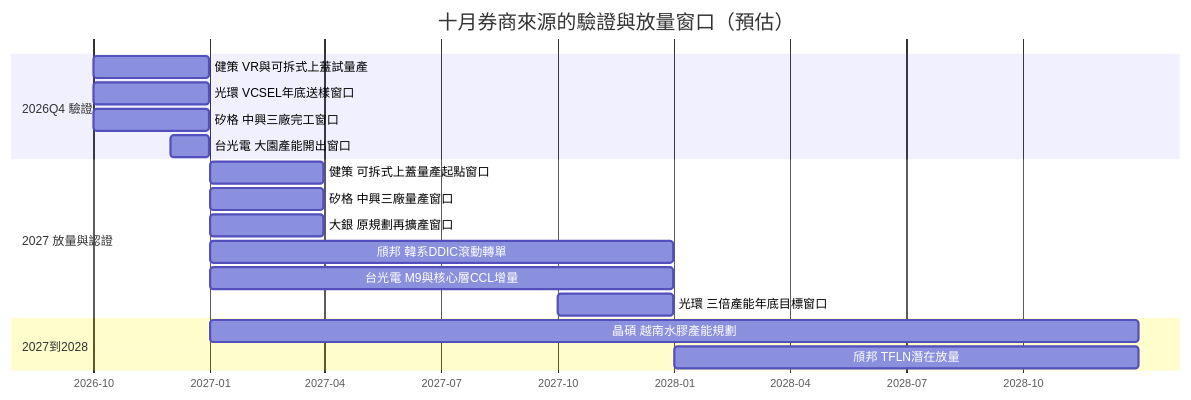
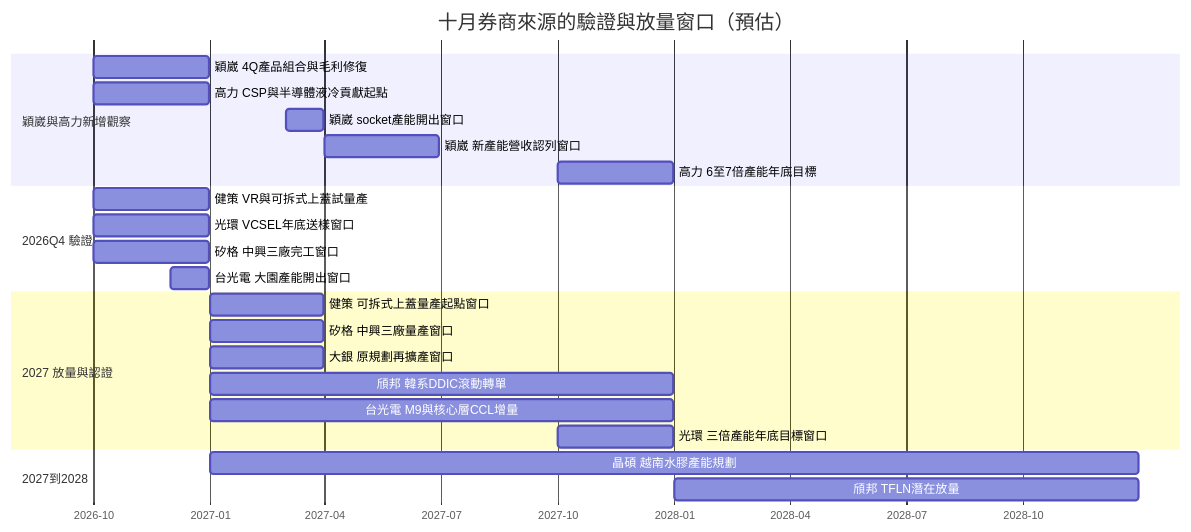
One commit to kevn950324/wiki_Stockv2 changed the diagram in content/lib/5.schedule/時程_2026-2028十月券商催化劑.md. Above: the diagram before and after it, drawn with Mermaid. The commit also changed other lines of this file and 19 other files, not shown here.

````diff
--- a/content/lib/5.schedule/時程_2026-2028十月券商催化劑.md
+++ b/content/lib/5.schedule/時程_2026-2028十月券商催化劑.md
@@ -44,21 +50,27 @@
 ```mermaid
 gantt
     title 十月券商來源的驗證與放量窗口（預估）
     dateFormat YYYY-MM-DD
     axisFormat %Y-%m
+    section 穎崴與高力新增觀察
+    穎崴 4Q產品組合與毛利修復 :2026-10-01, 2026-12-31
+    高力 CSP與半導體液冷貢獻起點 :2026-10-01, 2026-12-31
+    穎崴 socket產能開出窗口 :2027-03-01, 2027-03-31
+    穎崴 新產能營收認列窗口 :2027-04-01, 2027-06-30
+    高力 6至7倍產能年底目標 :2027-10-01, 2027-12-31
     section 2026Q4 驗證
     健策 VR與可拆式上蓋試量產 :2026-10-01, 2026-12-31
     光環 VCSEL年底送樣窗口 :2026-10-01, 2026-12-31
     矽格 中興三廠完工窗口 :2026-10-01, 2026-12-31
     台光電 大園產能開出窗口 :2026-12-01, 2026-12-31
     section 2027 放量與認證
     健策 可拆式上蓋量產起點窗口 :2027-01-01, 2027-03-31
     矽格 中興三廠量產窗口 :2027-01-01, 2027-03-31
     大銀 原規劃再擴產窗口 :2027-01-01, 2027-03-31
     頎邦 韓系DDIC滾動轉單 :2027-01-01, 2027-12-31
     台光電 M9與核心層CCL增量 :2027-01-01, 2027-12-31
     光環 三倍產能年底目標窗口 :2027-10-01, 2027-12-31
     section 2027到2028
     晶碩 越南水膠產能規劃 :2027-01-01, 2028-12-31
     頎邦 TFLN潛在放量 :2028-01-01, 2028-12-31
 ```
````
